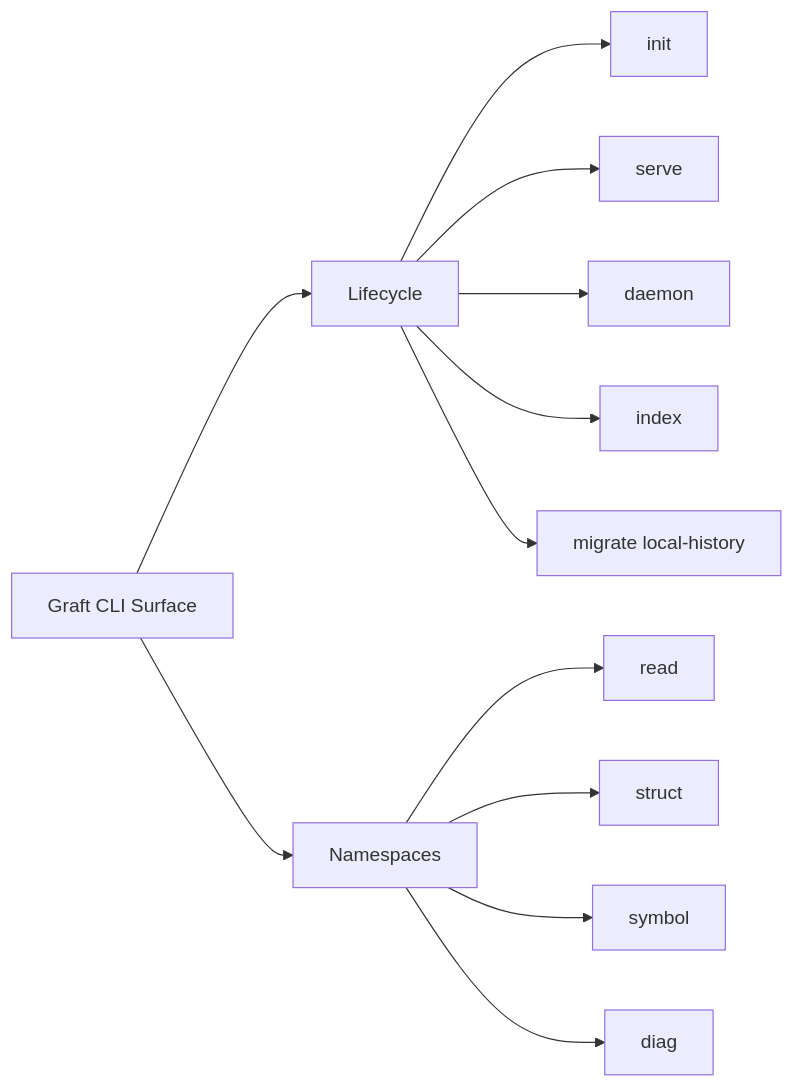
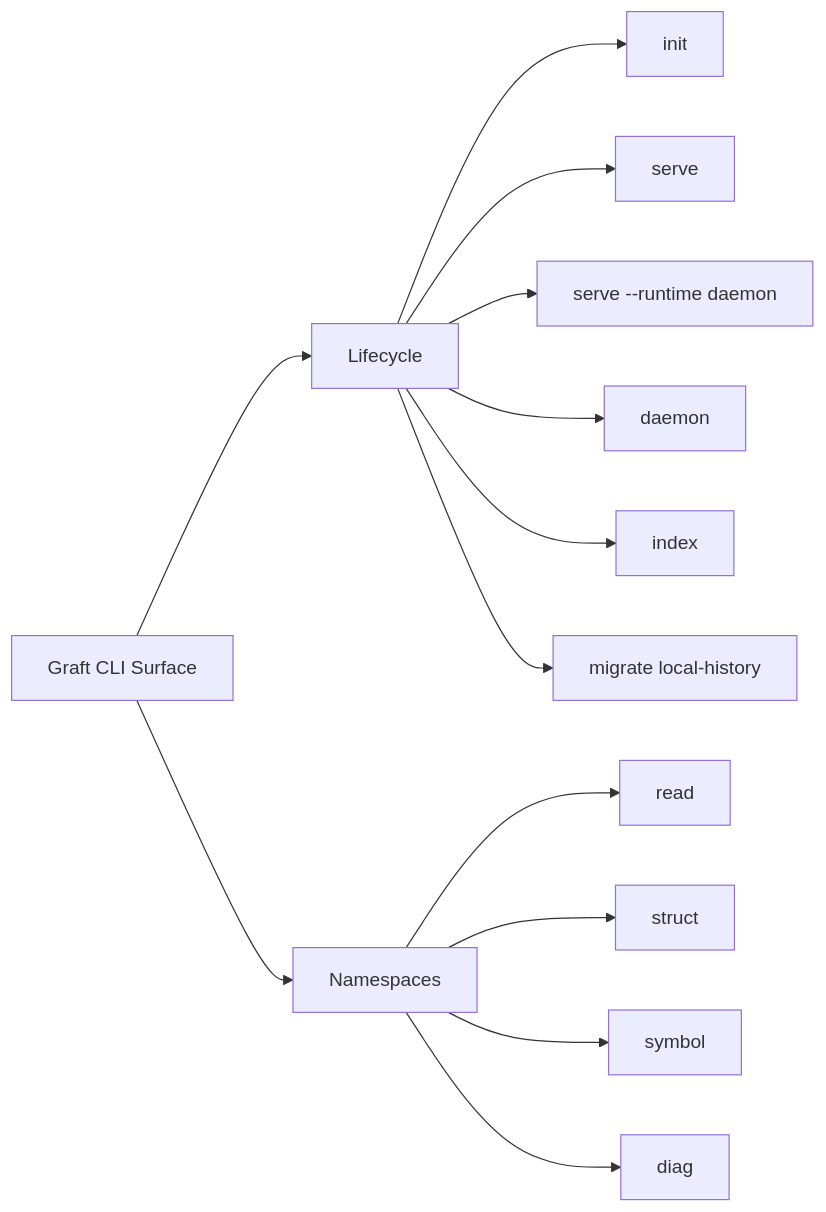
The diagram in docs/CLI.md (flyingrobots/graft), drawn with Mermaid before and after one commit. The commit also changed other lines of this file and 22 other files, not shown here.

Commit message:
feat(cli): expose daemon-backed mcp runtime

````diff
--- a/docs/CLI.md
+++ b/docs/CLI.md
@@ -5,14 +5,15 @@
 ```mermaid
 flowchart LR
     A[Graft CLI Surface] --> B[Lifecycle]
     A --> C[Namespaces]
     B --> B1[init]
     B --> B2[serve]
-    B --> B3[daemon]
-    B --> B4[index]
-    B --> B5[migrate local-history]
+    B --> B3[serve --runtime daemon]
+    B --> B4[daemon]
+    B --> B5[index]
+    B --> B6[migrate local-history]
     C --> C1[read]
     C --> C2[struct]
     C --> C3[symbol]
     C --> C4[diag]
 ```
````
